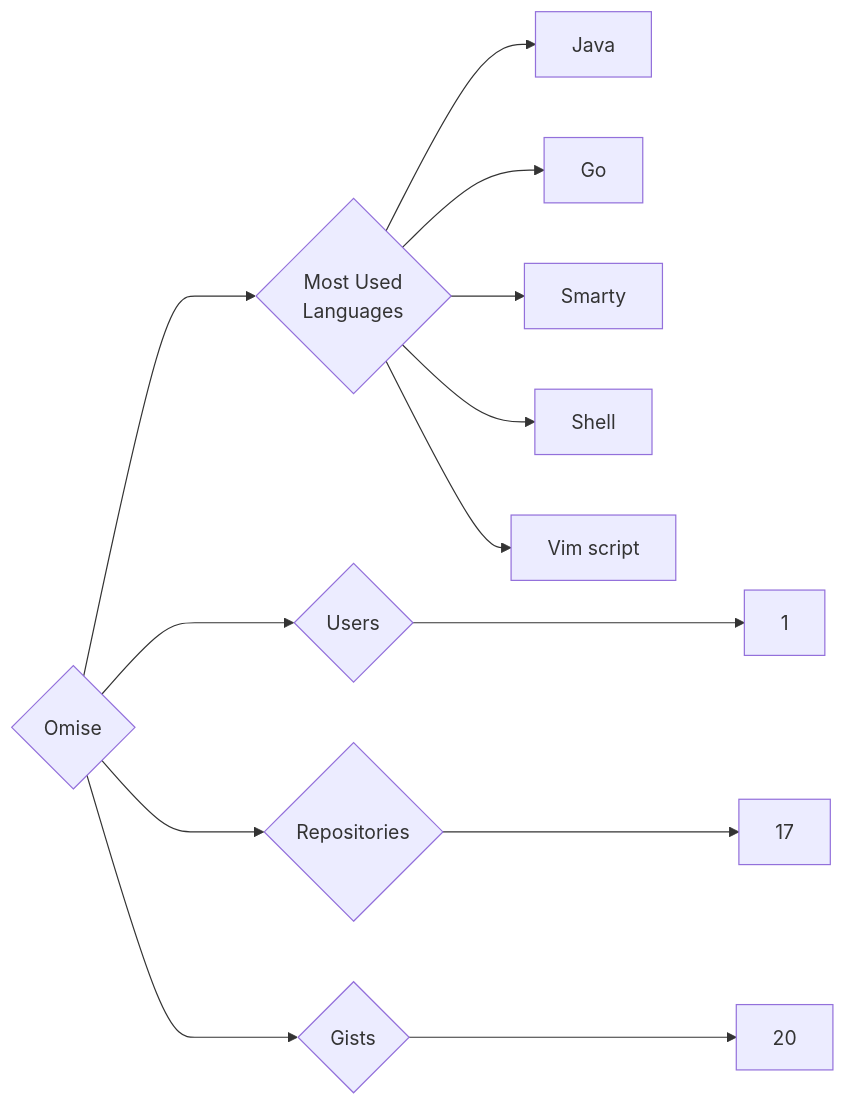
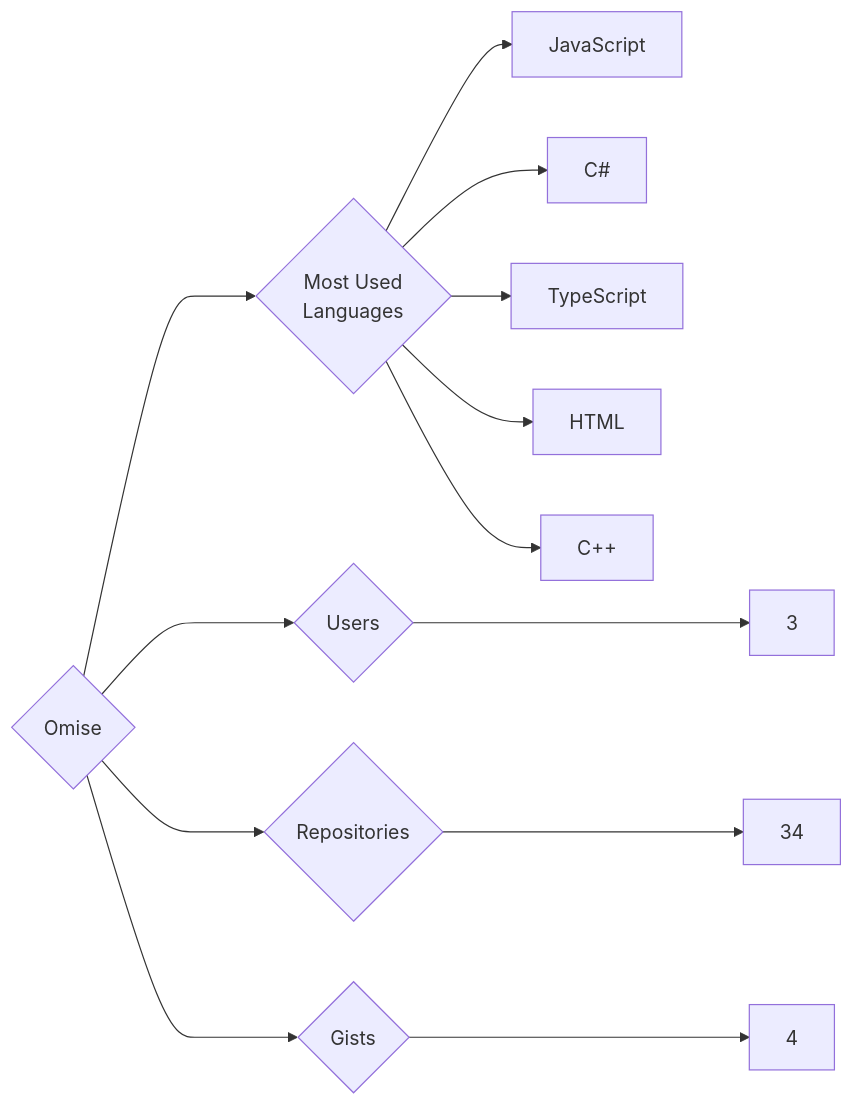
Before and after one commit to trickest/insiders: the diagram in targets/Omise/README.md, drawn with Mermaid. The commit also changed 582 other files, not shown here.

````diff
--- a/targets/Omise/README.md
+++ b/targets/Omise/README.md
@@ -3,13 +3,13 @@
 ```mermaid
 graph LR
 COMPANY_NAME{Omise}
-COMPANY_NAME ---> U{Users} ---> UN[1]
-COMPANY_NAME ---> R{Repositories} ---> RN[17]
-COMPANY_NAME ---> G{Gists} ---> GN[20]
+COMPANY_NAME ---> U{Users} ---> UN[3]
+COMPANY_NAME ---> R{Repositories} ---> RN[34]
+COMPANY_NAME ---> G{Gists} ---> GN[4]
 COMPANY_NAME ---> ML{Most Used<br>Languages}
-ML --> Java[Java]
-ML --> Go[Go]
-ML --> Smarty[Smarty]
-ML --> Shell[Shell]
-ML --> Vim_script[Vim script]
+ML --> JavaScript[JavaScript]
+ML --> C#[C#]
+ML --> TypeScript[TypeScript]
+ML --> HTML[HTML]
+ML --> C++[C++]
 ```
````
